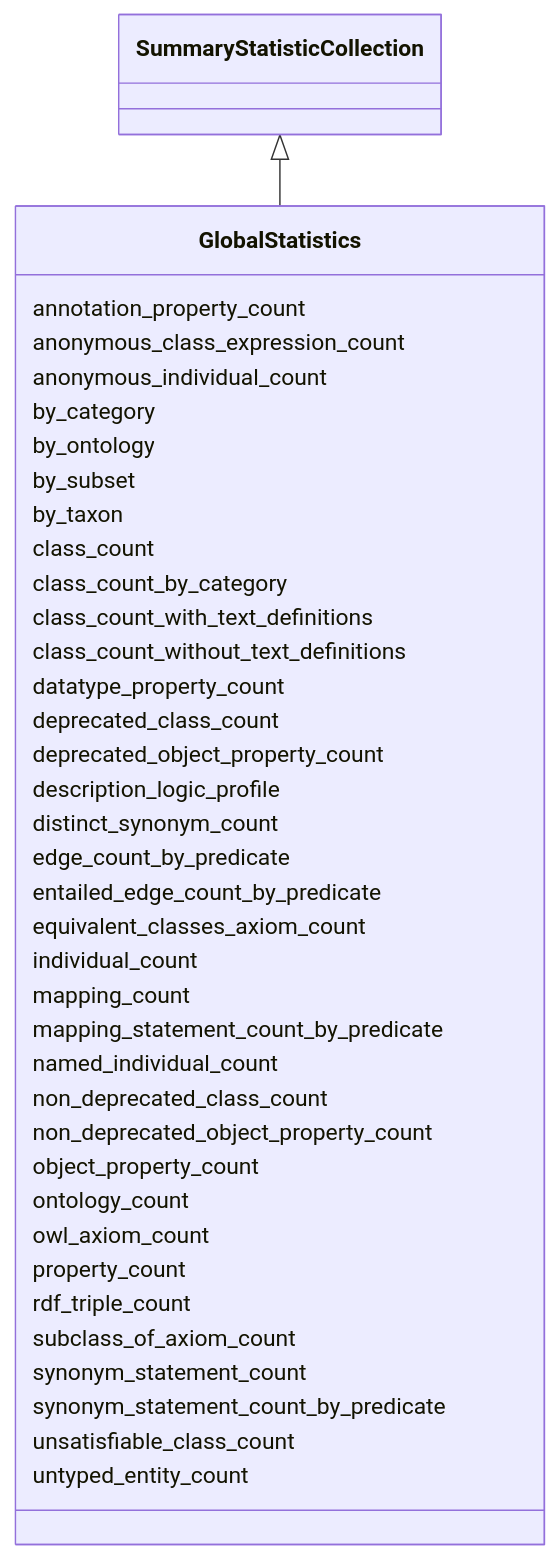
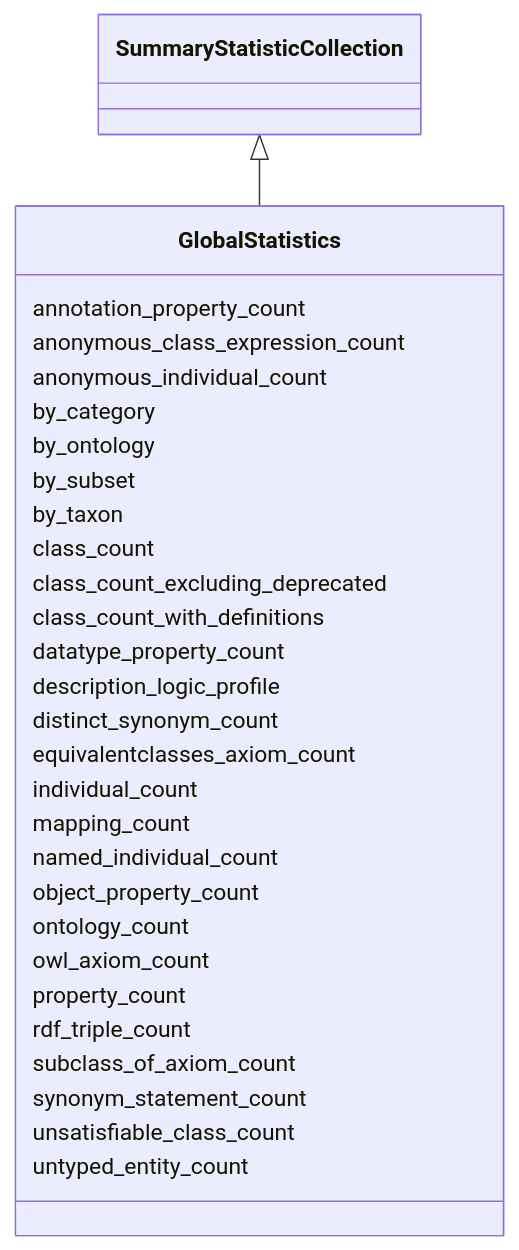
The diagram in summary-statistics/GlobalStatistics.md (dalito/ontology-access-kit), drawn with Mermaid before and after one commit. The commit also changed other lines of this file and 2506 other files, not shown here.

````diff
--- a/summary-statistics/GlobalStatistics.md
+++ b/summary-statistics/GlobalStatistics.md
@@ -10,42 +13,33 @@
 ```{mermaid}
  classDiagram
-    class GlobalStatistics
       SummaryStatisticCollection <|-- GlobalStatistics
       
       GlobalStatistics : annotation_property_count
       GlobalStatistics : anonymous_class_expression_count
       GlobalStatistics : anonymous_individual_count
       GlobalStatistics : by_category
       GlobalStatistics : by_ontology
       GlobalStatistics : by_subset
       GlobalStatistics : by_taxon
       GlobalStatistics : class_count
-      GlobalStatistics : class_count_by_category
-      GlobalStatistics : class_count_with_text_definitions
-      GlobalStatistics : class_count_without_text_definitions
+      GlobalStatistics : class_count_excluding_deprecated
+      GlobalStatistics : class_count_with_definitions
       GlobalStatistics : datatype_property_count
-      GlobalStatistics : deprecated_class_count
-      GlobalStatistics : deprecated_object_property_count
       GlobalStatistics : description_logic_profile
       GlobalStatistics : distinct_synonym_count
-      GlobalStatistics : edge_count_by_predicate
-      GlobalStatistics : entailed_edge_count_by_predicate
-      GlobalStatistics : equivalent_classes_axiom_count
+      GlobalStatistics : equivalentclasses_axiom_count
       GlobalStatistics : individual_count
       GlobalStatistics : mapping_count
-      GlobalStatistics : mapping_statement_count_by_predicate
       GlobalStatistics : named_individual_count
-      GlobalStatistics : non_deprecated_class_count
-      GlobalStatistics : non_deprecated_object_property_count
       GlobalStatistics : object_property_count
       GlobalStatistics : ontology_count
       GlobalStatistics : owl_axiom_count
       GlobalStatistics : property_count
       GlobalStatistics : rdf_triple_count
       GlobalStatistics : subclass_of_axiom_count
       GlobalStatistics : synonym_statement_count
-      GlobalStatistics : synonym_statement_count_by_predicate
       GlobalStatistics : unsatisfiable_class_count
       GlobalStatistics : untyped_entity_count
       
+
 ```
````
